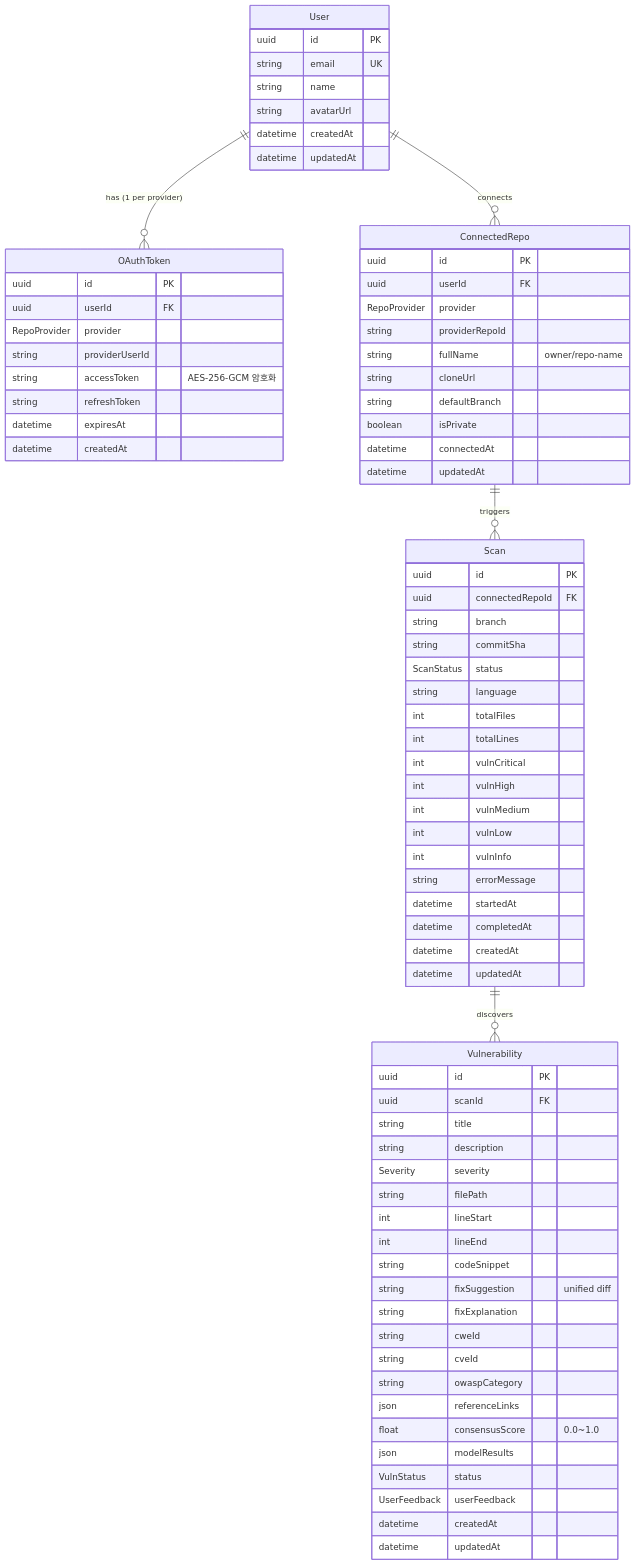
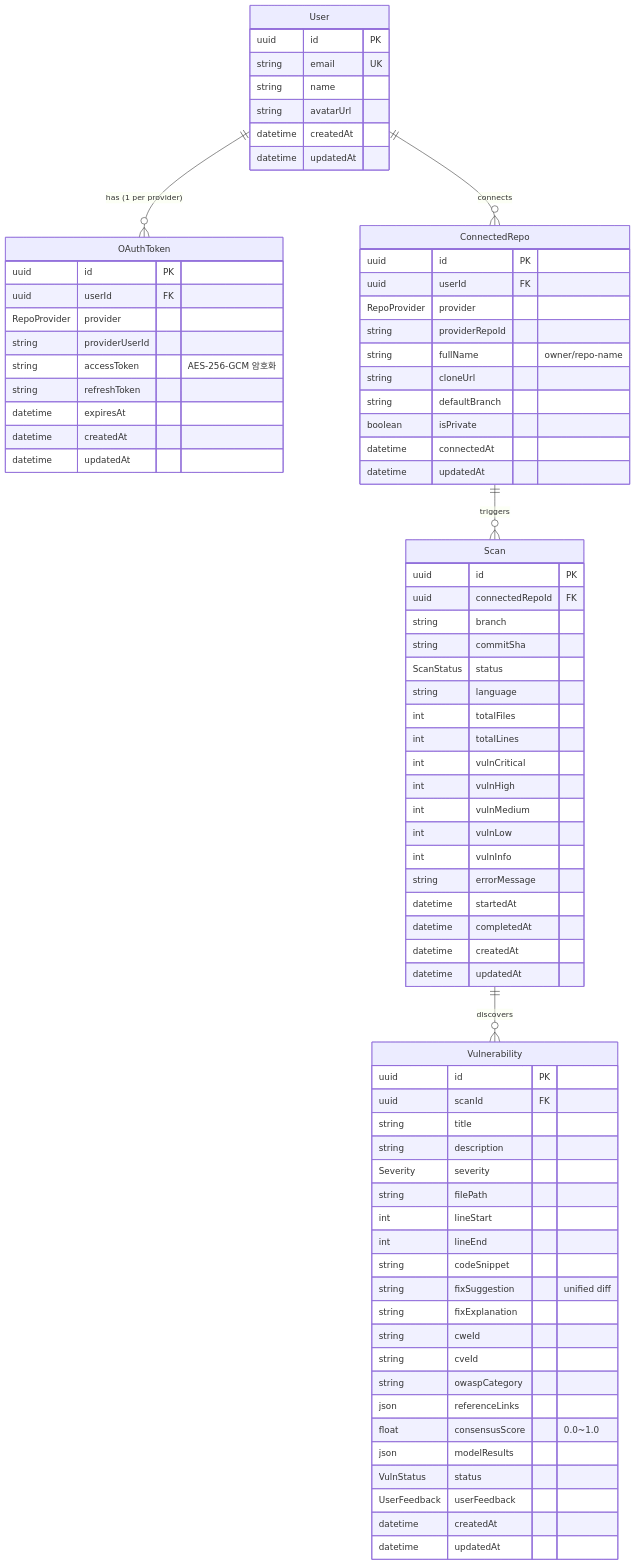
The diagram in spec 2.2.md (AigisAI/AegisAI_v2), drawn with Mermaid before and after one commit. The commit also changed other lines of this file, not shown here.

````diff
--- a/spec 2.2.md
+++ b/spec 2.2.md
@@ -595,81 +599,82 @@
 ```mermaid
 erDiagram
     User {
         uuid id PK
         string email UK
         string name
         string avatarUrl
         datetime createdAt
         datetime updatedAt
     }
     OAuthToken {
         uuid id PK
         uuid userId FK
         RepoProvider provider
         string providerUserId
         string accessToken "AES-256-GCM 암호화"
         string refreshToken
         datetime expiresAt
         datetime createdAt
+        datetime updatedAt
     }
     ConnectedRepo {
         uuid id PK
         uuid userId FK
         RepoProvider provider
         string providerRepoId
         string fullName "owner/repo-name"
         string cloneUrl
         string defaultBranch
         boolean isPrivate
         datetime connectedAt
         datetime updatedAt
     }
     Scan {
         uuid id PK
         uuid connectedRepoId FK
         string branch
         string commitSha
         ScanStatus status
         string language
         int totalFiles
         int totalLines
         int vulnCritical
         int vulnHigh
         int vulnMedium
         int vulnLow
         int vulnInfo
         string errorMessage
         datetime startedAt
         datetime completedAt
         datetime createdAt
         datetime updatedAt
     }
     Vulnerability {
         uuid id PK
         uuid scanId FK
         string title
         string description
         Severity severity
         string filePath
         int lineStart
         int lineEnd
         string codeSnippet
         string fixSuggestion "unified diff"
         string fixExplanation
         string cweId
         string cveId
         string owaspCategory
         json referenceLinks
         float consensusScore "0.0~1.0"
         json modelResults
         VulnStatus status
         UserFeedback userFeedback
         datetime createdAt
         datetime updatedAt
     }
 
     User ||--o{ OAuthToken : "has (1 per provider)"
     User ||--o{ ConnectedRepo : "connects"
     ConnectedRepo ||--o{ Scan : "triggers"
     Scan ||--o{ Vulnerability : "discovers"
 ```
````
